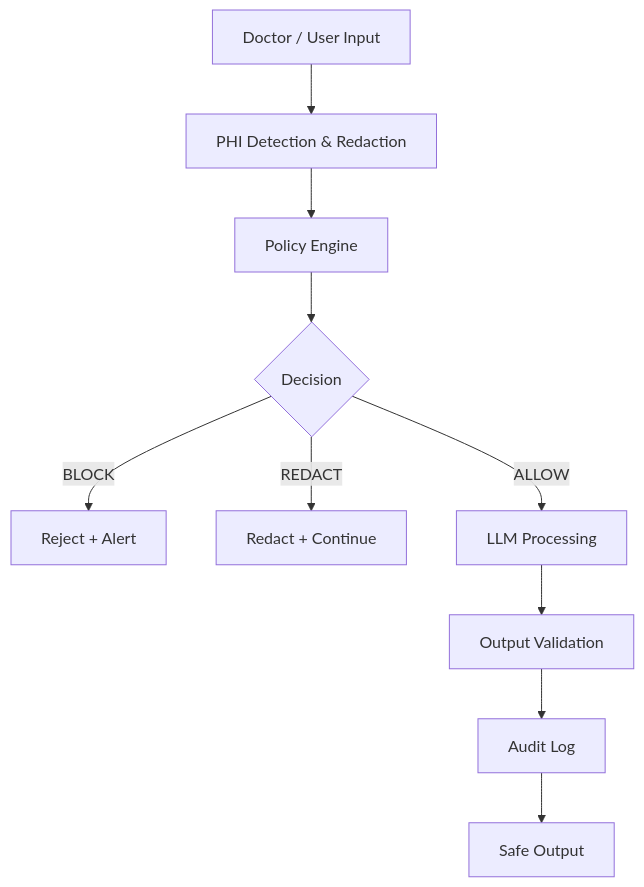
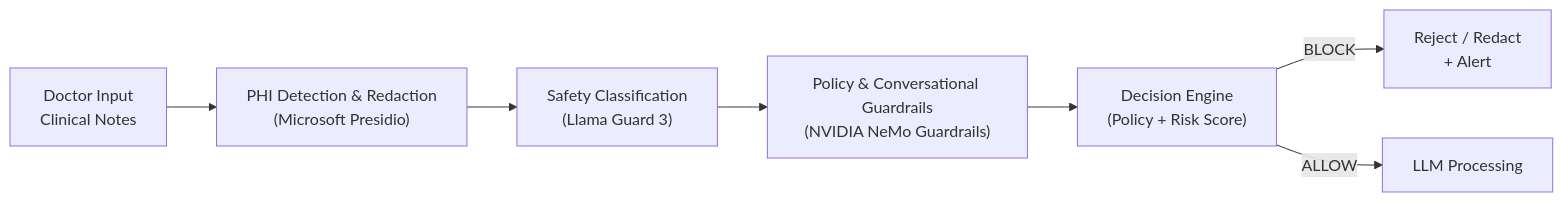
Before and after one commit to BehaBB/healthcare-ai-compliance-framework: the diagram in README.md, drawn with Mermaid. The commit also changed other lines of this file, not shown here.

````diff
--- a/README.md
+++ b/README.md
@@ -41,16 +41,14 @@
 ```mermaid
-graph TD
-    A[Doctor / User Input] 
-    --> B[PHI Detection & Redaction]
+graph LR
+    A["Doctor Input\nClinical Notes"] 
+    --> B["PHI Detection & Redaction\n(Microsoft Presidio)"]
     
-    B --> C[Policy Engine]
+    B --> C["Safety Classification\n(Llama Guard 3)"]
     
-    C --> D{Decision}
-    D -->|BLOCK| E[Reject + Alert]
-    D -->|REDACT| F[Redact + Continue]
-    D -->|ALLOW| G[LLM Processing]
+    C --> D["Policy & Conversational Guardrails\n(NVIDIA NeMo Guardrails)"]
     
-    G --> H[Output Validation]
-    H --> I[Audit Log]
-    I --> J[Safe Output]
+    D --> E["Decision Engine\n(Policy + Risk Score)"]
+    
+    E -->|BLOCK| F["Reject / Redact\n+ Alert"]
+    E -->|ALLOW| G["LLM Processing"]
 ```
````
